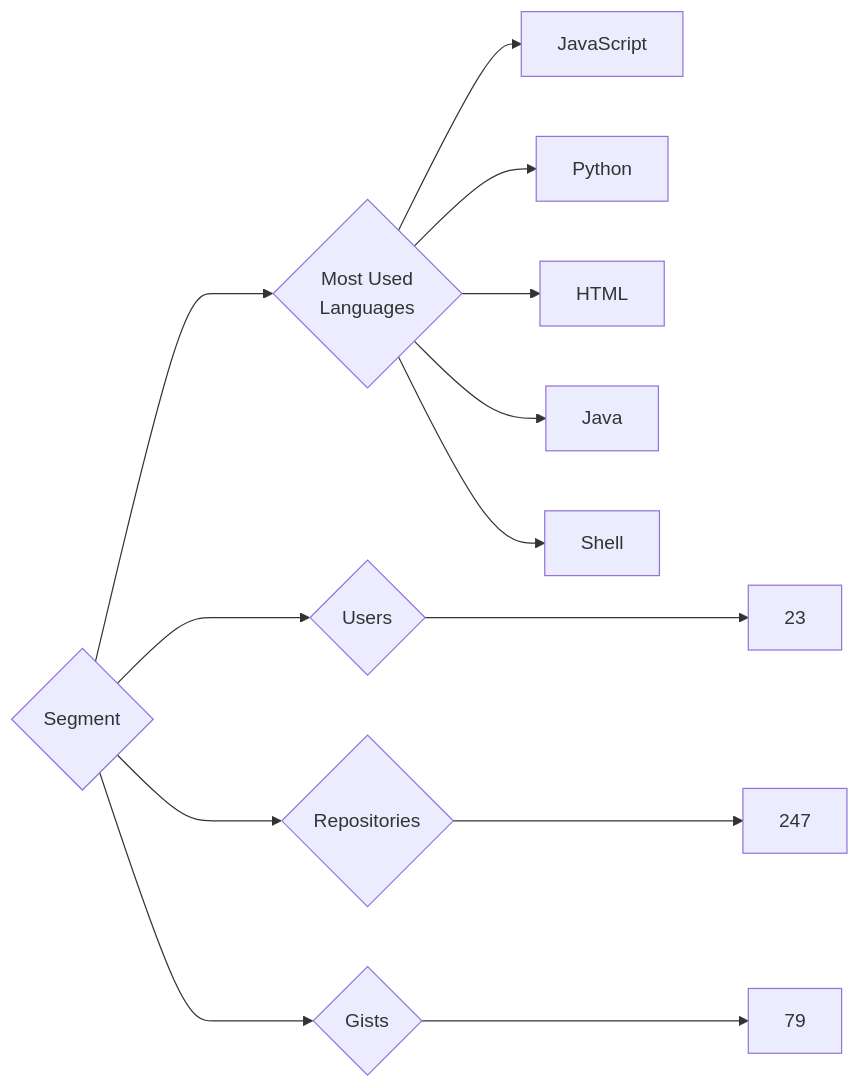
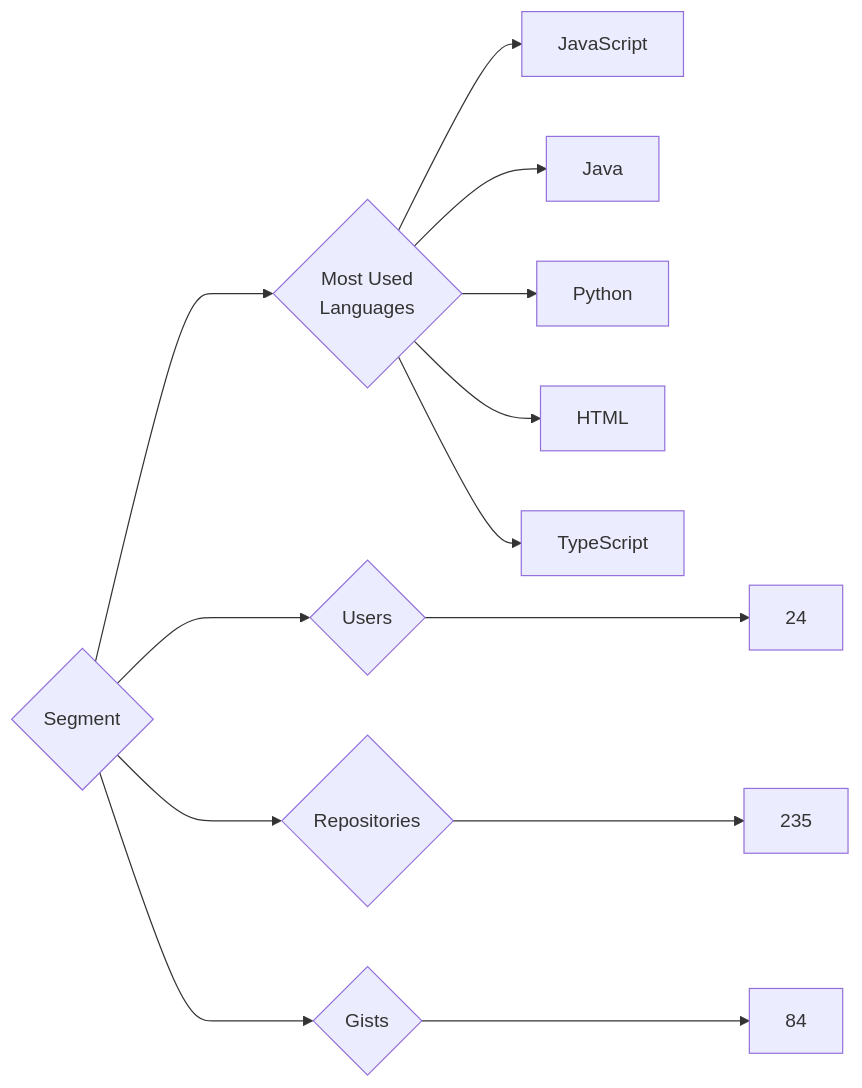
The diagram in targets/Segment/README.md (trickest/insiders), drawn with Mermaid before and after one commit. The commit also changed 972 other files, not shown here.

````diff
--- a/targets/Segment/README.md
+++ b/targets/Segment/README.md
@@ -3,13 +3,13 @@
 ```mermaid
 graph LR
 COMPANY_NAME{Segment}
-COMPANY_NAME ---> U{Users} ---> UN[23]
-COMPANY_NAME ---> R{Repositories} ---> RN[247]
-COMPANY_NAME ---> G{Gists} ---> GN[79]
+COMPANY_NAME ---> U{Users} ---> UN[24]
+COMPANY_NAME ---> R{Repositories} ---> RN[235]
+COMPANY_NAME ---> G{Gists} ---> GN[84]
 COMPANY_NAME ---> ML{Most Used<br>Languages}
 ML --> JavaScript[JavaScript]
+ML --> Java[Java]
 ML --> Python[Python]
 ML --> HTML[HTML]
-ML --> Java[Java]
-ML --> Shell[Shell]
+ML --> TypeScript[TypeScript]
 ```
````
